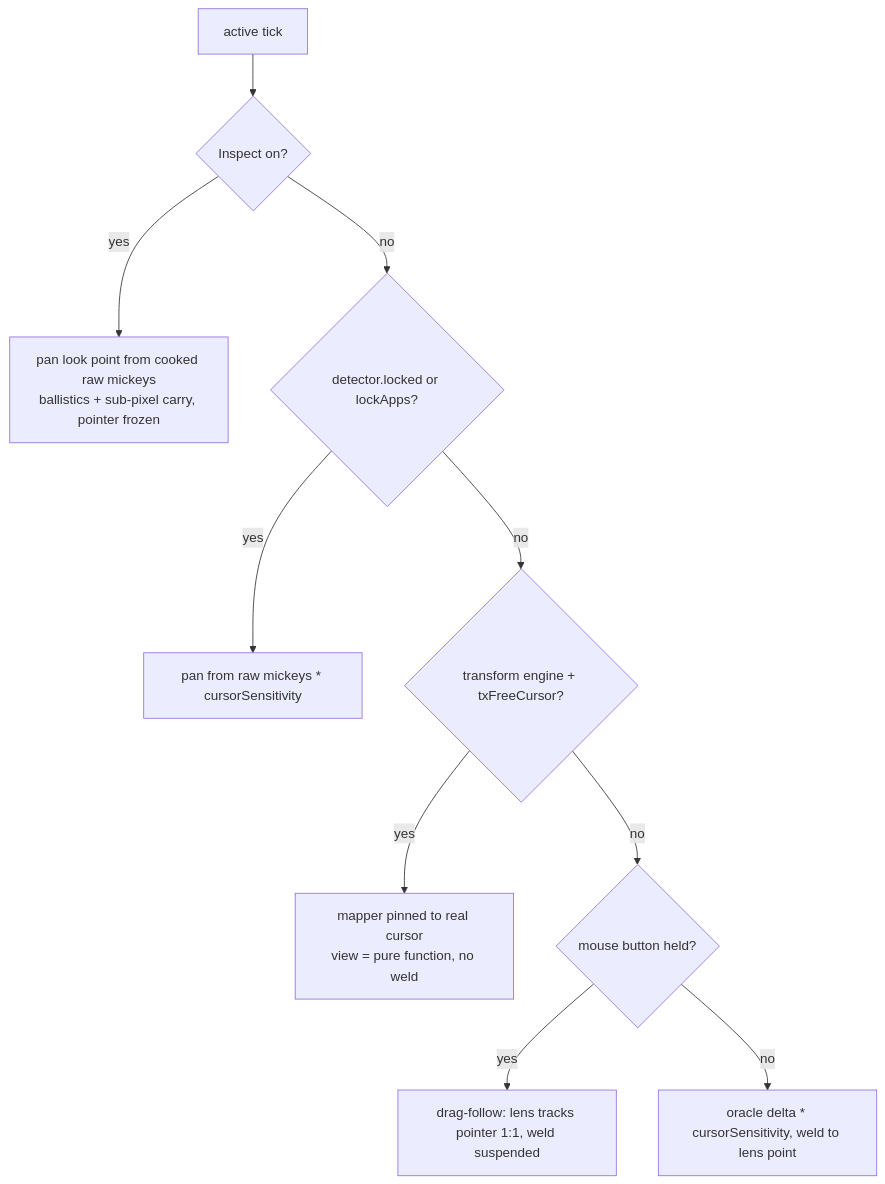
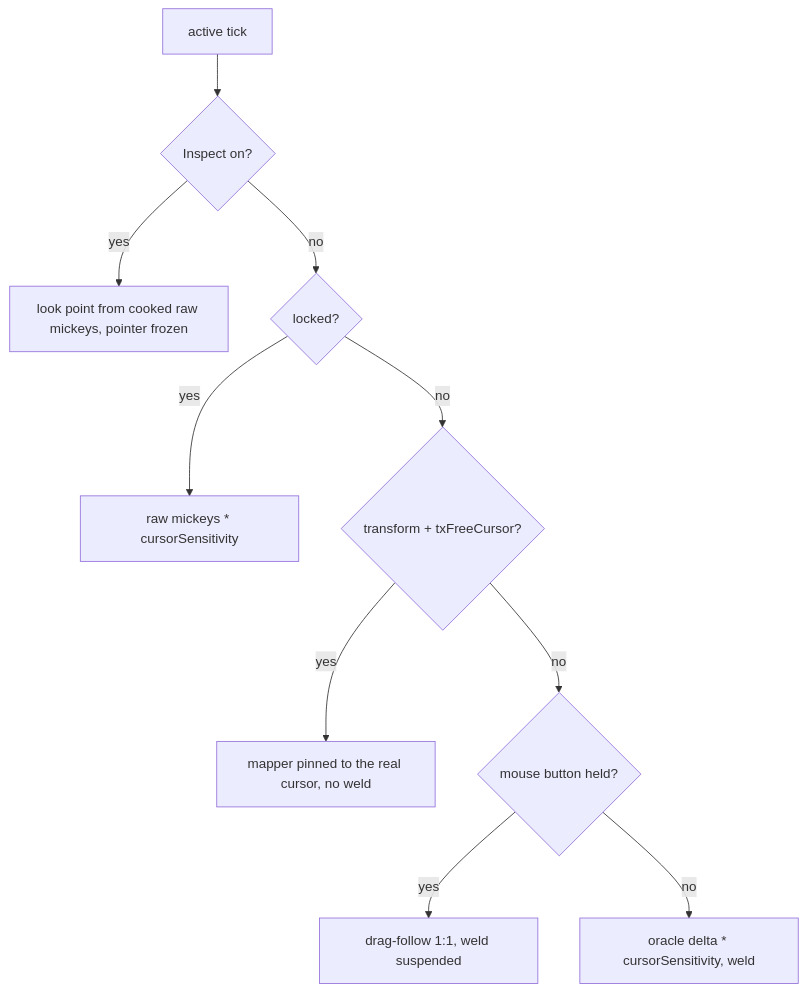
Before and after one commit to Maxaubert/Wind: the second of 2 diagrams in docs/architecture/07-cursor.md, drawn with Mermaid. The commit also changed other lines of this file and 142 other files, not shown here.

First line of the commit message:
docs: overhaul README, CLAUDE.md, architecture and findings (#357) (#358)

````diff
--- a/docs/architecture/07-cursor.md
+++ b/docs/architecture/07-cursor.md
@@ -243,12 +148,12 @@
 ```mermaid
 flowchart TD
     T[active tick] --> I{Inspect on?}
-    I -- yes --> IN[pan look point from cooked raw mickeys<br/>ballistics + sub-pixel carry, pointer frozen]
-    I -- no --> L{detector.locked or lockApps?}
-    L -- yes --> LK[pan from raw mickeys * cursorSensitivity]
-    L -- no --> F{transform engine + txFreeCursor?}
-    F -- yes --> FC[mapper pinned to real cursor<br/>view = pure function, no weld]
+    I -- yes --> IN[look point from cooked raw mickeys, pointer frozen]
+    I -- no --> L{locked?}
+    L -- yes --> LK[raw mickeys * cursorSensitivity]
+    L -- no --> F{transform + txFreeCursor?}
+    F -- yes --> FC[mapper pinned to the real cursor, no weld]
     F -- no --> D{mouse button held?}
-    D -- yes --> DF[drag-follow: lens tracks pointer 1:1, weld suspended]
-    D -- no --> OR[oracle delta * cursorSensitivity, weld to lens point]
+    D -- yes --> DF[drag-follow 1:1, weld suspended]
+    D -- no --> OR[oracle delta * cursorSensitivity, weld]
 ```
````
